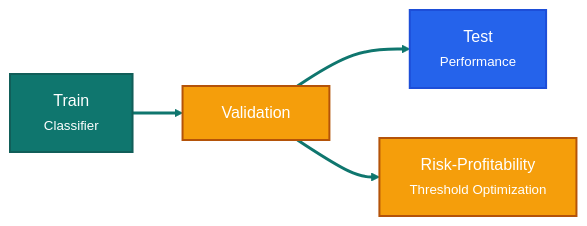
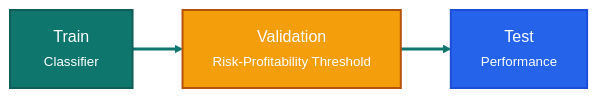
The third of 3 diagrams in README.md (Pablo-Molla-Charlez/SecondaryModel), drawn with Mermaid before and after one commit.

````diff
--- a/README.md
+++ b/README.md
@@ -82,13 +82,11 @@
 ```mermaid
 %%{init: {'theme': 'base', 'themeVariables': { 'primaryColor': '#0f766e', 'primaryBorderColor': '#115e59', 'primaryTextColor': '#ffffff', 'secondaryColor': '#f59e0b', 'tertiaryColor': '#dbeafe', 'lineColor': '#0f172a', 'background': '#ffffff'}}}%%
 flowchart LR
-    A["&nbsp;&nbsp;&nbsp;Train&nbsp;&nbsp;&nbsp;<br/><small>Classifier</small>"]:::train --> V["&nbsp;&nbsp;Validation&nbsp;&nbsp;"]:::val
+    A["&nbsp;&nbsp;&nbsp;Train&nbsp;&nbsp;&nbsp;<br/><small>Classifier</small>"]:::train --> V["&nbsp;&nbsp;Validation&nbsp;&nbsp;<br/><small>Risk-Profitability Threshold</small>"]:::val
     V --> D["&nbsp;&nbsp;&nbsp;&nbsp;&nbsp;Test&nbsp;&nbsp;&nbsp;&nbsp;&nbsp;<br/><small>Performance</small>"]:::test
-    
-    V --> Opt["&nbsp;&nbsp;Risk-Profitability&nbsp;&nbsp;<br/><small>Threshold Optimization</small>"]:::val
     
     classDef train fill:#0f766e,stroke:#115e59,color:#ffffff,stroke-width:2px;
     classDef val   fill:#f59e0b,stroke:#b45309,color:#ffffff,stroke-width:2px;
     classDef test  fill:#2563eb,stroke:#1d4ed8,color:#ffffff,stroke-width:2px;
     linkStyle default stroke:#0f766e,stroke-width:3px;
 ```
````
